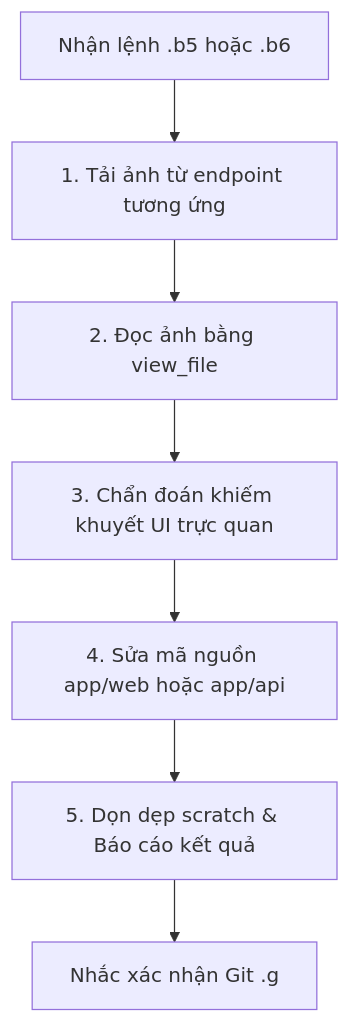
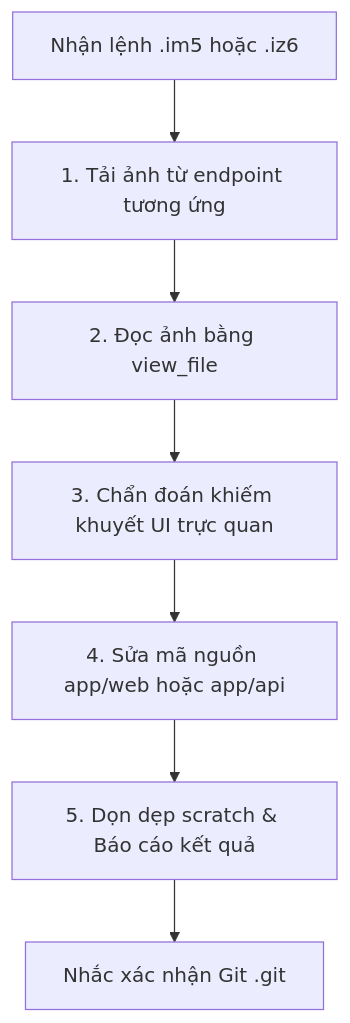
One commit to qtu7285/english changed the diagram in .agents/skills/qln-ui-bug-fixer/SKILL.md. Above: the diagram before and after it, drawn with Mermaid. The commit also changed other lines of this file and 12 other files, not shown here.

````diff
--- a/.agents/skills/qln-ui-bug-fixer/SKILL.md
+++ b/.agents/skills/qln-ui-bug-fixer/SKILL.md
@@ -29,9 +29,9 @@
 ```mermaid
 flowchart TD
-    A[Nhận lệnh .b5 hoặc .b6] --> B[1. Tải ảnh từ endpoint tương ứng]
+    A[Nhận lệnh .im5 hoặc .iz6] --> B[1. Tải ảnh từ endpoint tương ứng]
     B --> C[2. Đọc ảnh bằng view_file]
     C --> D[3. Chẩn đoán khiếm khuyết UI trực quan]
     D --> E[4. Sửa mã nguồn app/web hoặc app/api]
     E --> F[5. Dọn dẹp scratch & Báo cáo kết quả]
-    F --> G[Nhắc xác nhận Git .g]
+    F --> G[Nhắc xác nhận Git .git]
 ```
````
